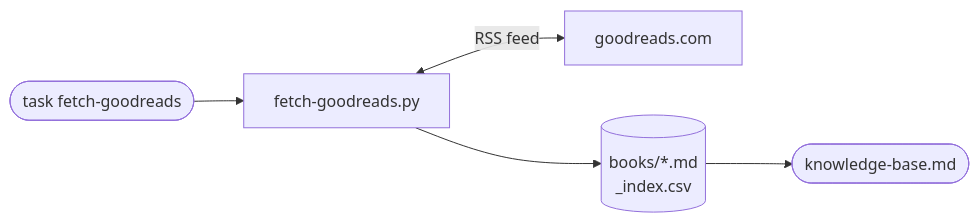
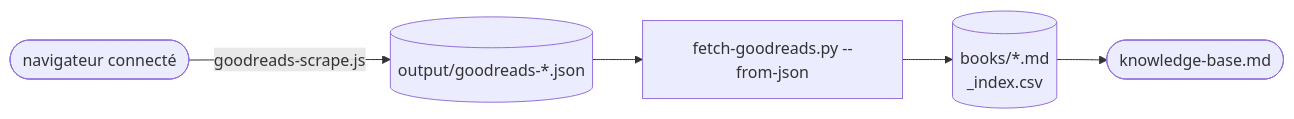
The diagram in data/goodreads/README.md (adriens/whoami), drawn with Mermaid before and after one commit. The commit also changed other lines of this file and 4 other files, not shown here.

First line of the commit message:
feat(scripts): add Goodreads browser import — RSS feed shut down

````diff
--- a/data/goodreads/README.md
+++ b/data/goodreads/README.md
@@ -9,7 +17,7 @@
 ```mermaid
 flowchart LR
-    T([task fetch-goodreads]) --> P[fetch-goodreads.py]
-    P <-->|RSS feed| A[goodreads.com]
+    B([navigateur connecté]) -->|goodreads-scrape.js| J[(output/goodreads-*.json)]
+    J --> P[fetch-goodreads.py --from-json]
     P --> F[(books/*.md\n_index.csv)]
     F --> KB([knowledge-base.md])
 ```
````
